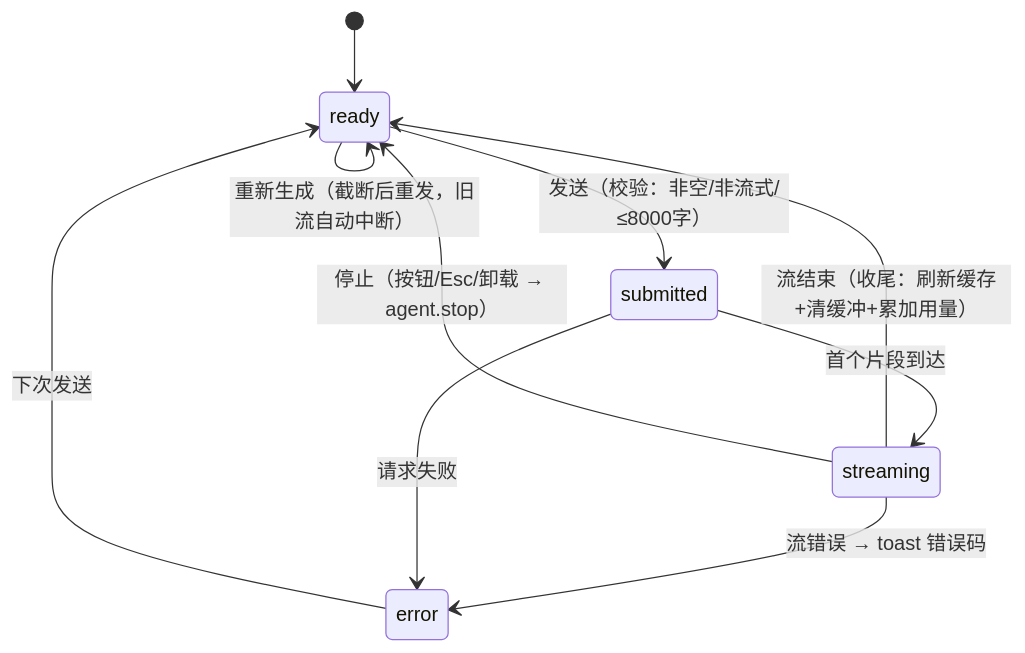
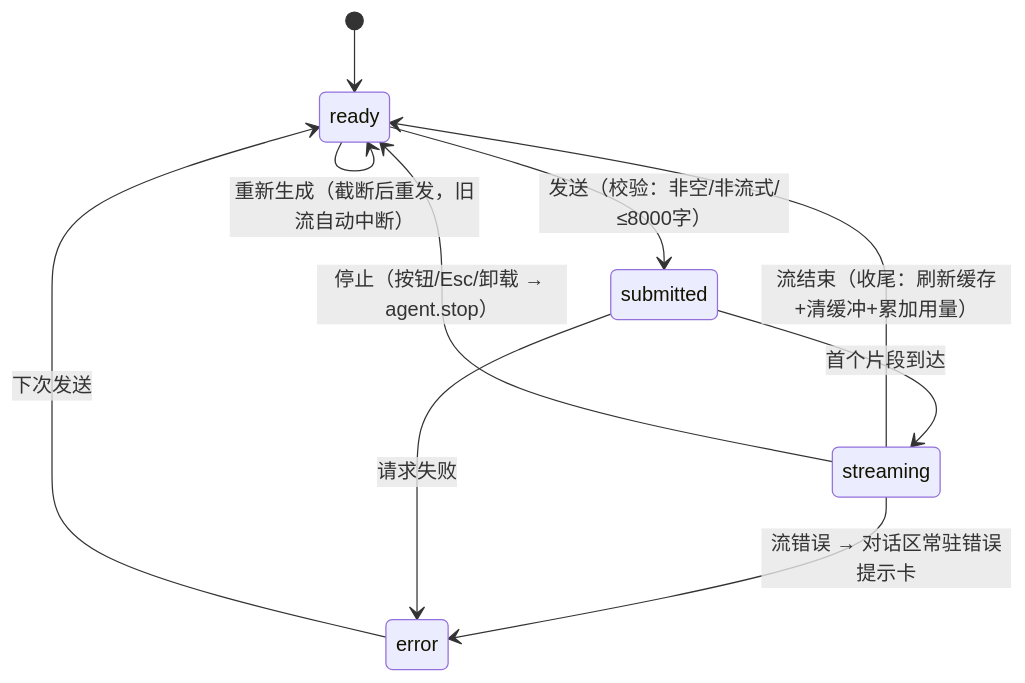
One commit to zlh12331/superagent changed diagram 11 of 22 in docs/design/09-ux-interaction-spec.md. Above: the diagram before and after it, drawn with Mermaid. The commit also changed other lines of this file and 1174 other files, not shown here.

````diff
--- a/docs/design/09-ux-interaction-spec.md
+++ b/docs/design/09-ux-interaction-spec.md
@@ -399,12 +399,12 @@
 ```mermaid
 stateDiagram-v2
   [*] --> ready
   ready --> submitted: 发送（校验：非空/非流式/≤8000字）
   submitted --> streaming: 首个片段到达
   streaming --> ready: 流结束（收尾：刷新缓存+清缓冲+累加用量）
-  streaming --> error: 流错误 → toast 错误码
+  streaming --> error: 流错误 → 对话区常驻错误提示卡
   submitted --> error: 请求失败
   error --> ready: 下次发送
   streaming --> ready: 停止（按钮/Esc/卸载 → agent.stop）
   ready --> ready: 重新生成（截断后重发，旧流自动中断）
 ```
````
